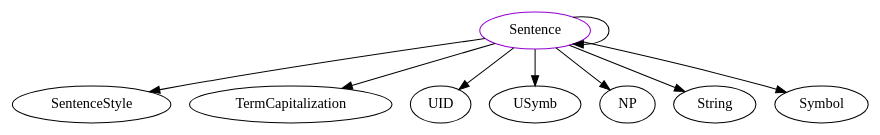
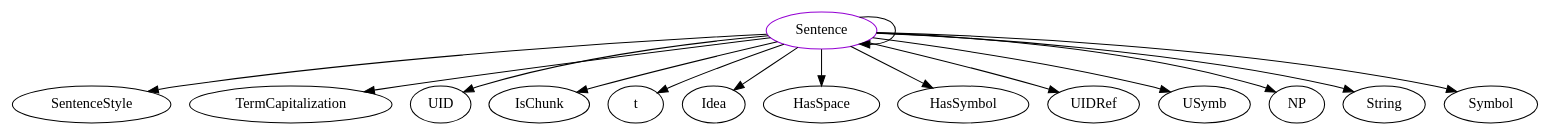
The diagram in analysis/TypeDependencyGraphs/lang/Sentence.dot (JacquesCarette/Drasil), drawn with Graphviz before and after one commit. The commit also changed 721 other files, not shown here.

```diff
--- a/analysis/TypeDependencyGraphs/lang/Sentence.dot
+++ b/analysis/TypeDependencyGraphs/lang/Sentence.dot
@@ -1,11 +1,17 @@
 digraph sentence{
 Sentence	[shape=oval, color=darkviolet, label="Sentence"];
 Sentence -> SentenceStyle;
 Sentence -> TermCapitalization;
 Sentence -> UID;
 Sentence -> Sentence;
+Sentence -> IsChunk;
+Sentence -> t;
+Sentence -> Idea;
+Sentence -> HasSpace;
+Sentence -> HasSymbol;
+Sentence -> UIDRef;
 Sentence -> USymb;
 Sentence -> NP;
 Sentence -> String;
 Sentence -> Symbol;
 }
```
